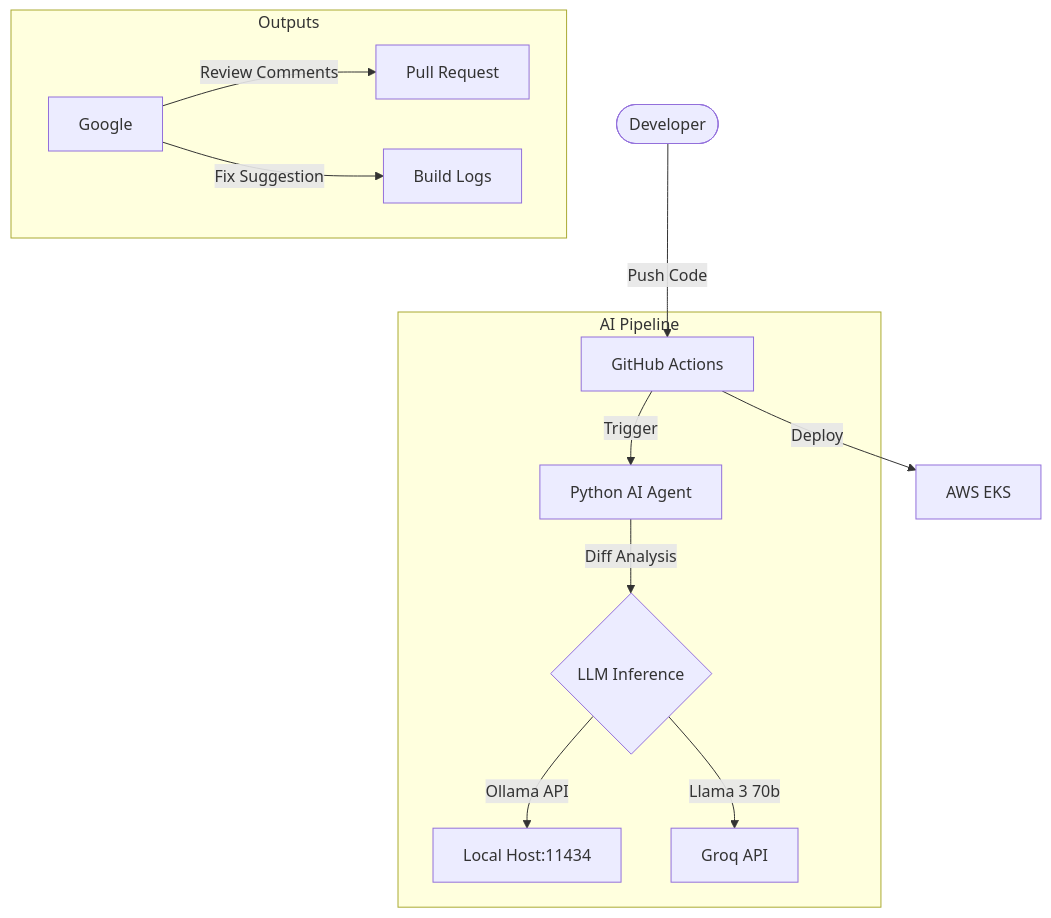
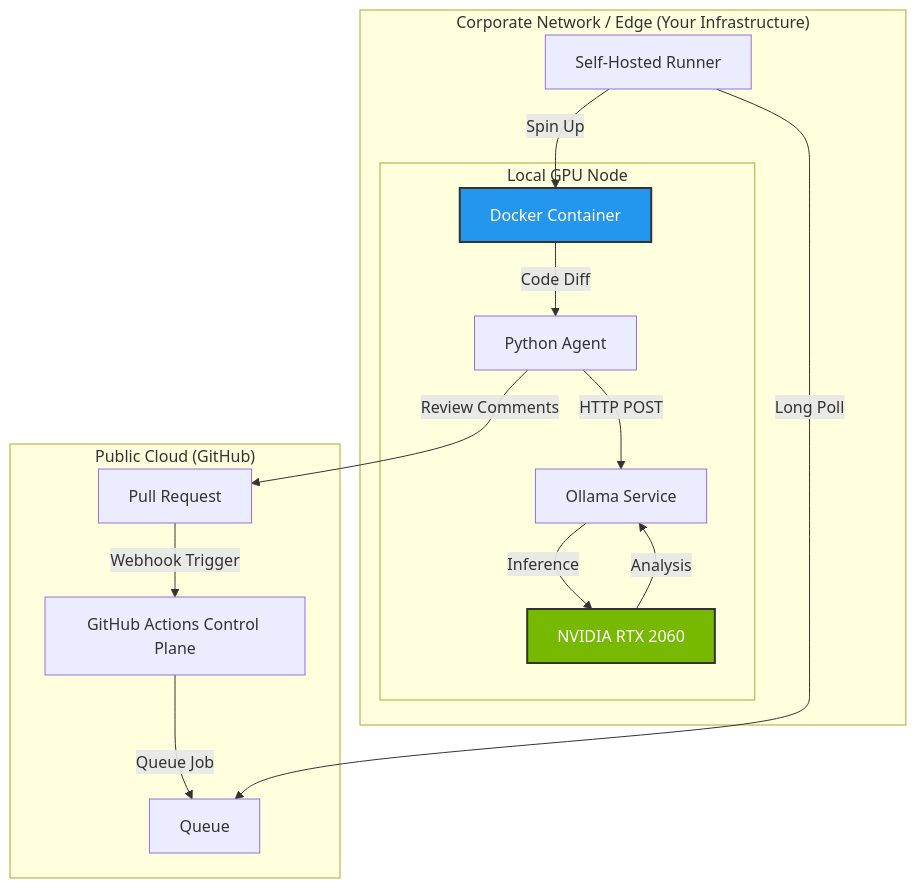
One commit to sikander098/ai-cicd-pipeline changed the diagram in README.md. Above: the diagram before and after it, drawn with Mermaid. The commit also changed other lines of this file, not shown here.

Commit message:
Docs: Finalize Architecture Diagram and Implementation Details

````diff
--- a/README.md
+++ b/README.md
@@ -29,18 +29,24 @@
 ```mermaid
 graph TD
-    User([Developer]) -->|Push Code| GH[GitHub Actions]
-    
-    subgraph "AI Pipeline"
-        GH -->|Trigger| Agent[Python AI Agent]
-        Agent -->|Diff Analysis| LLM{LLM Inference}
-        LLM -->|Ollama API| Local[Local Host:11434]
-        LLM -->|Llama 3 70b| Groq[Groq API]
+    subgraph "Public Cloud (GitHub)"
+        PR[Pull Request] -->|Webhook Trigger| Actions[GitHub Actions Control Plane]
+        Actions -->|Queue Job| Queue
+    end
+
+    subgraph "Corporate Network / Edge (Your Infrastructure)"
+        Runner[Self-Hosted Runner] -->|Long Poll| Queue
+        Runner -->|Spin Up| Docker[Docker Container]
+        
+        subgraph "Local GPU Node"
+            Docker -->|Code Diff| Script[Python Agent]
+            Script -->|HTTP POST| Ollama[Ollama Service]
+            Ollama -->|Inference| GPU[NVIDIA RTX 2060]
+            GPU -->|Analysis| Ollama
+        end
+        
+        Script -->|Review Comments| PR
     end
     
-    subgraph "Outputs"
-        Google -->|Review Comments| PR[Pull Request]
-        Google -->|Fix Suggestion| Logs[Build Logs]
-    end
-    
-    GH -->|Deploy| AWS[AWS EKS]
+    style GPU fill:#76b900,stroke:#333,stroke-width:2px,color:white
+    style Docker fill:#2496ed,stroke:#333,stroke-width:2px,color:white
 ```
````
